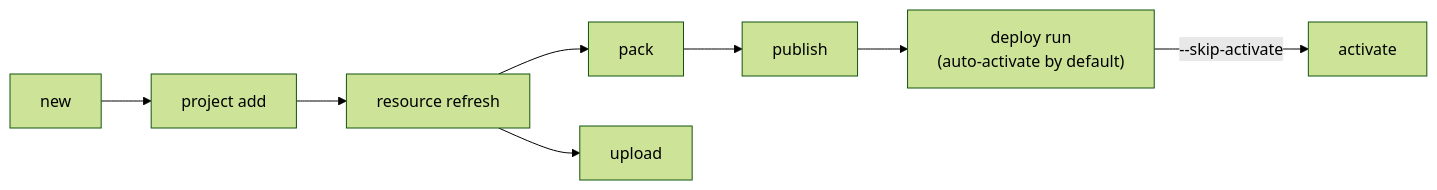
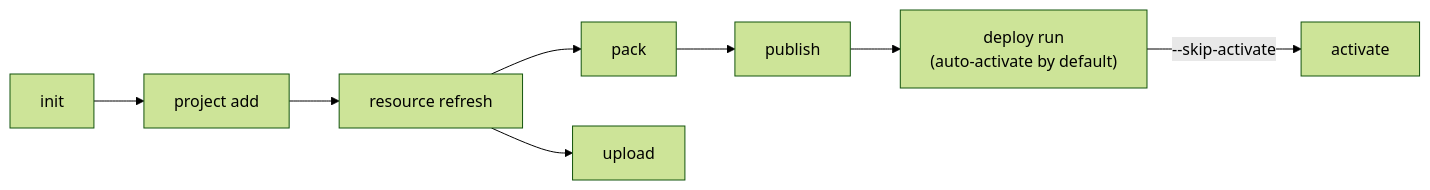
The diagram in skills/uipath-solution/references/operate/solution-overview.md (UiPath/skills), drawn with Mermaid (forest theme) before and after one commit. The commit also changed other lines of this file and 10 other files, not shown here.

````diff
--- a/skills/uipath-solution/references/operate/solution-overview.md
+++ b/skills/uipath-solution/references/operate/solution-overview.md
@@ -49,10 +49,10 @@
 ```mermaid
 graph LR
-    A[new] --> B[project add]
+    A[init] --> B[project add]
     B --> C[resource refresh]
     C --> D[pack]
     D --> E[publish]
     E --> F["deploy run<br/>(auto-activate by default)"]
     F -->|--skip-activate| G[activate]
     C --> H[upload]
 ```
````
